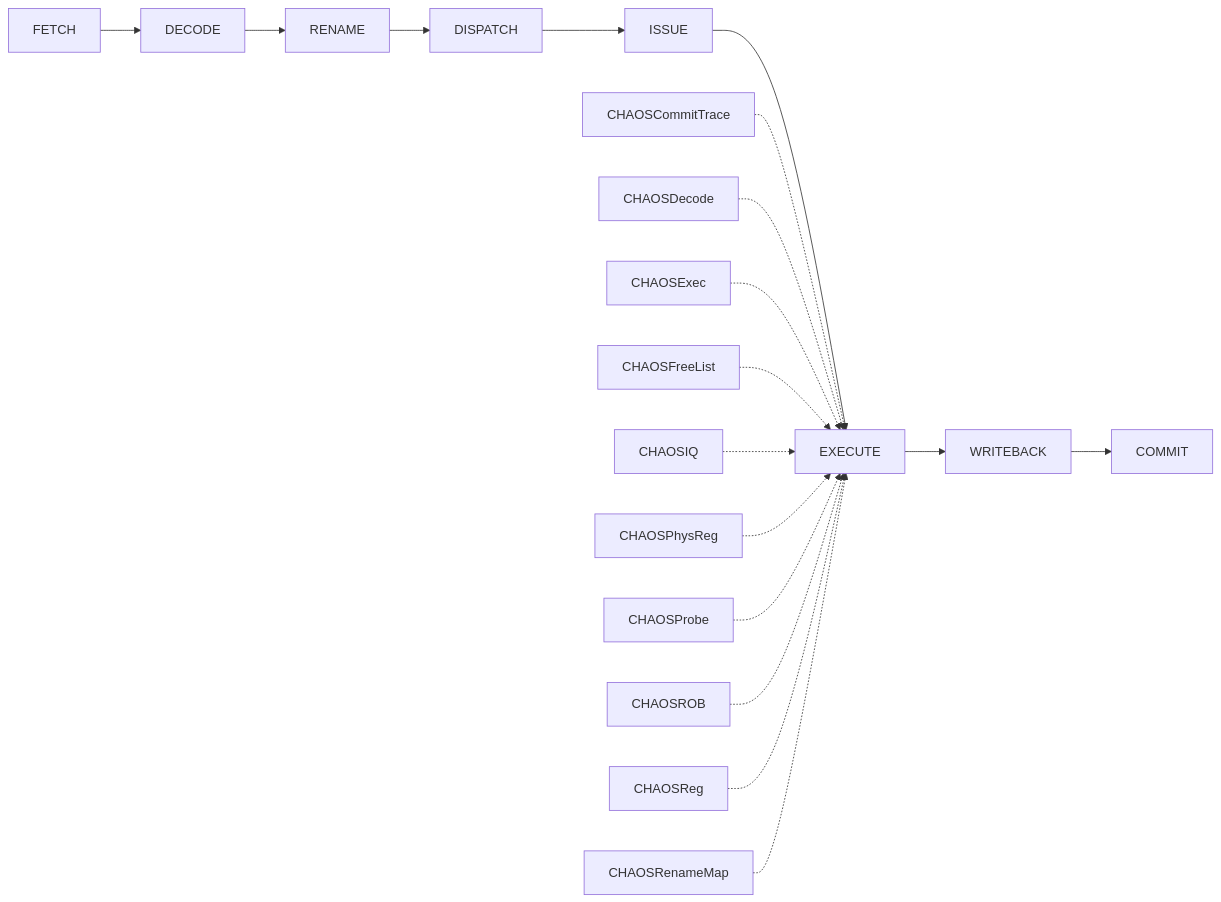
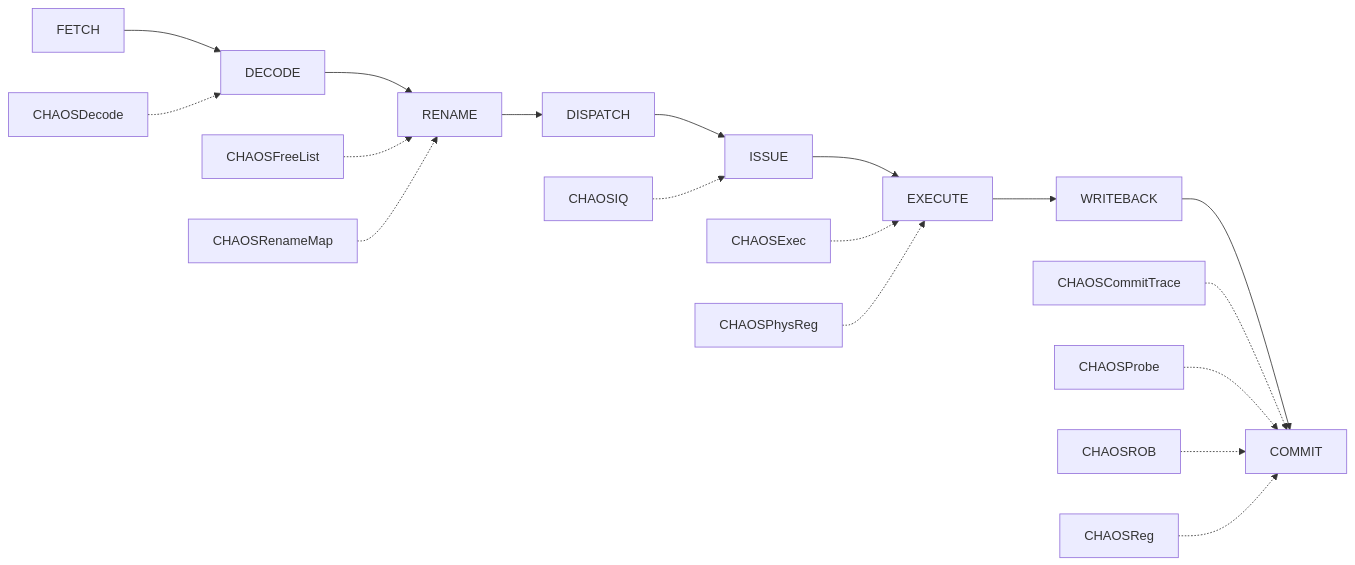
One commit to wangxumarshall/gem5-fi changed the diagram in docs/cpu/o3-atlas/pages/Conditional-Select-CNEG.md. Above: the diagram before and after it, drawn with Mermaid. The commit also changed other lines of this file and 300 other files, not shown here.

````diff
--- a/docs/cpu/o3-atlas/pages/Conditional-Select-CNEG.md
+++ b/docs/cpu/o3-atlas/pages/Conditional-Select-CNEG.md
@@ -8,28 +8,28 @@
 ```mermaid
 flowchart LR
     N0[FETCH]
     N1[DECODE]
     N2[RENAME]
     N3[DISPATCH]
     N4[ISSUE]
     N5[EXECUTE]
     N6[WRITEBACK]
     N7[COMMIT]
     N0 --> N1
     N1 --> N2
     N2 --> N3
     N3 --> N4
     N4 --> N5
     N5 --> N6
     N6 --> N7
-    I0[CHAOSCommitTrace] -.-> N5
-    I1[CHAOSDecode] -.-> N5
+    I0[CHAOSCommitTrace] -.-> N7
+    I1[CHAOSDecode] -.-> N1
     I2[CHAOSExec] -.-> N5
-    I3[CHAOSFreeList] -.-> N5
-    I4[CHAOSIQ] -.-> N5
+    I3[CHAOSFreeList] -.-> N2
+    I4[CHAOSIQ] -.-> N4
     I5[CHAOSPhysReg] -.-> N5
-    I6[CHAOSProbe] -.-> N5
-    I7[CHAOSROB] -.-> N5
-    I8[CHAOSReg] -.-> N5
-    I9[CHAOSRenameMap] -.-> N5
+    I6[CHAOSProbe] -.-> N7
+    I7[CHAOSROB] -.-> N7
+    I8[CHAOSReg] -.-> N7
+    I9[CHAOSRenameMap] -.-> N2
 ```
````
